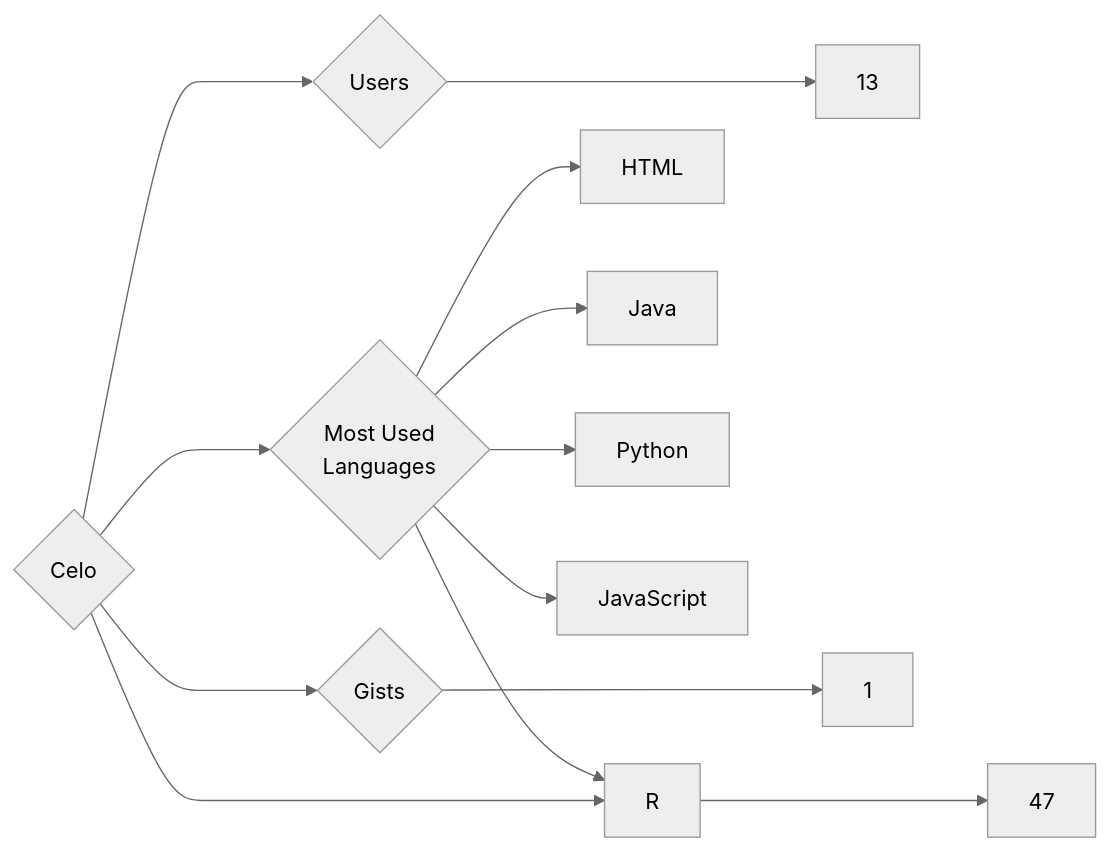
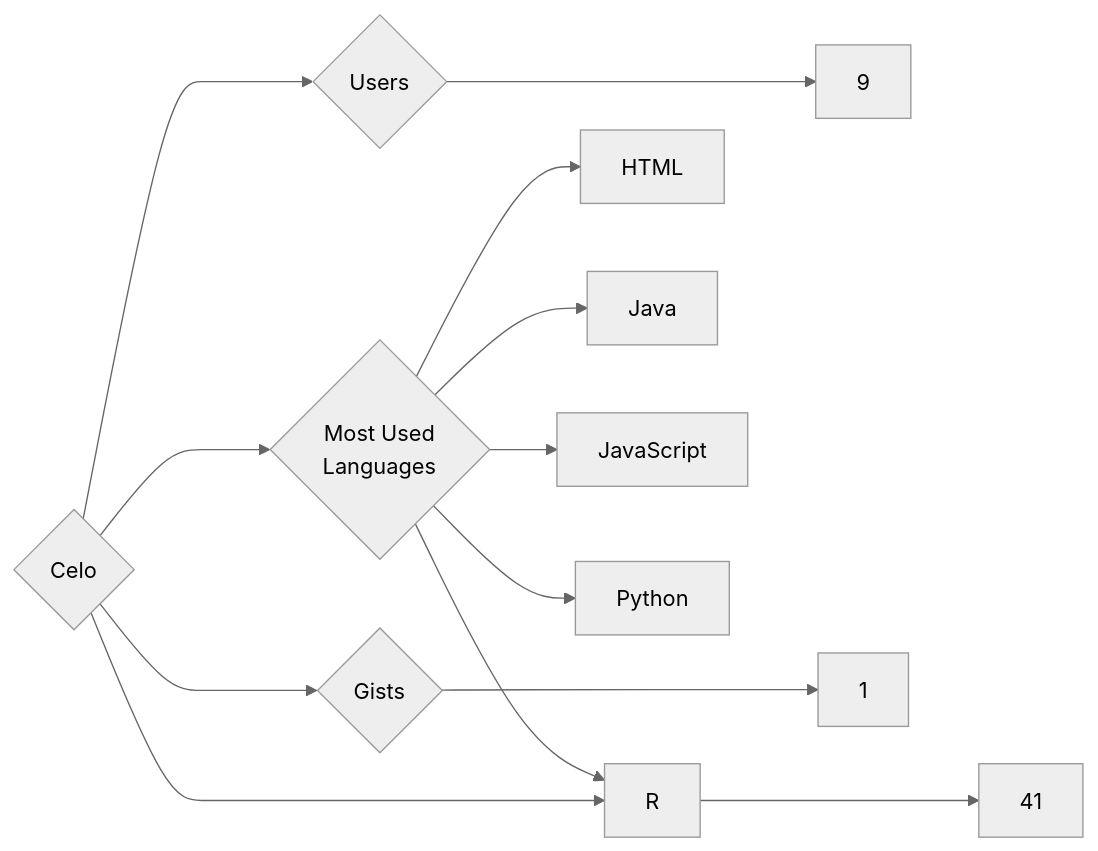
One commit to trickest/insiders changed the diagram in targets/Celo/README.md. Above: the diagram before and after it, drawn with Mermaid (neutral theme). The commit also changed 870 other files, not shown here.

````diff
--- a/targets/Celo/README.md
+++ b/targets/Celo/README.md
@@ -3,13 +3,13 @@
 ```mermaid
 graph LR
 COMPANY_NAME{Celo}
-COMPANY_NAME ---> U{Users} ---> UN[13]
-COMPANY_NAME ---> R{Repositories} ---> RN[47]
+COMPANY_NAME ---> U{Users} ---> UN[9]
+COMPANY_NAME ---> R{Repositories} ---> RN[41]
 COMPANY_NAME ---> G{Gists} ---> GN[1]
 COMPANY_NAME ---> ML{Most Used<br>Languages}
 ML --> HTML[HTML]
 ML --> Java[Java]
-ML --> Python[Python]
 ML --> JavaScript[JavaScript]
 ML --> R[R]
+ML --> Python[Python]
 ```
````
